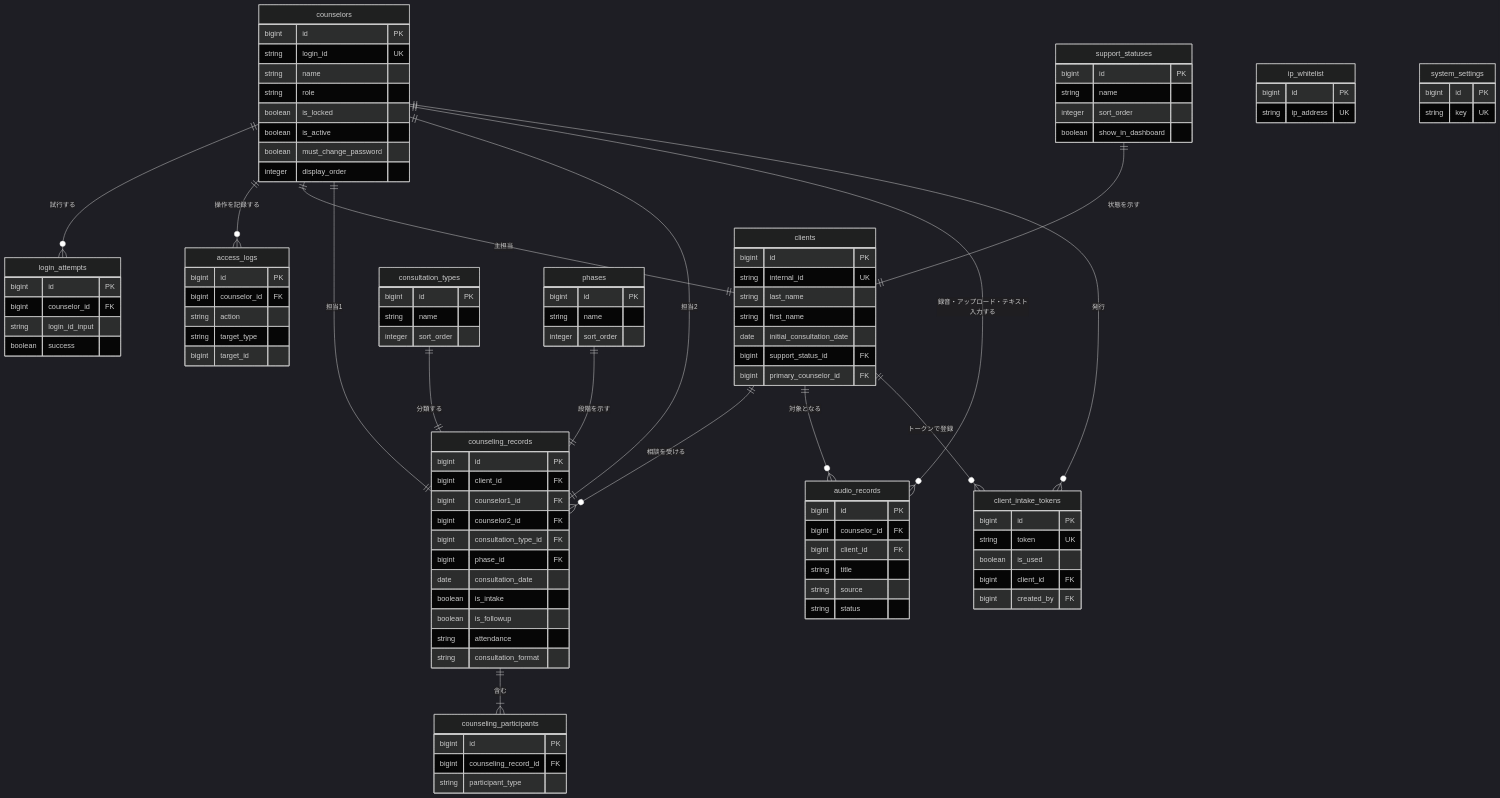
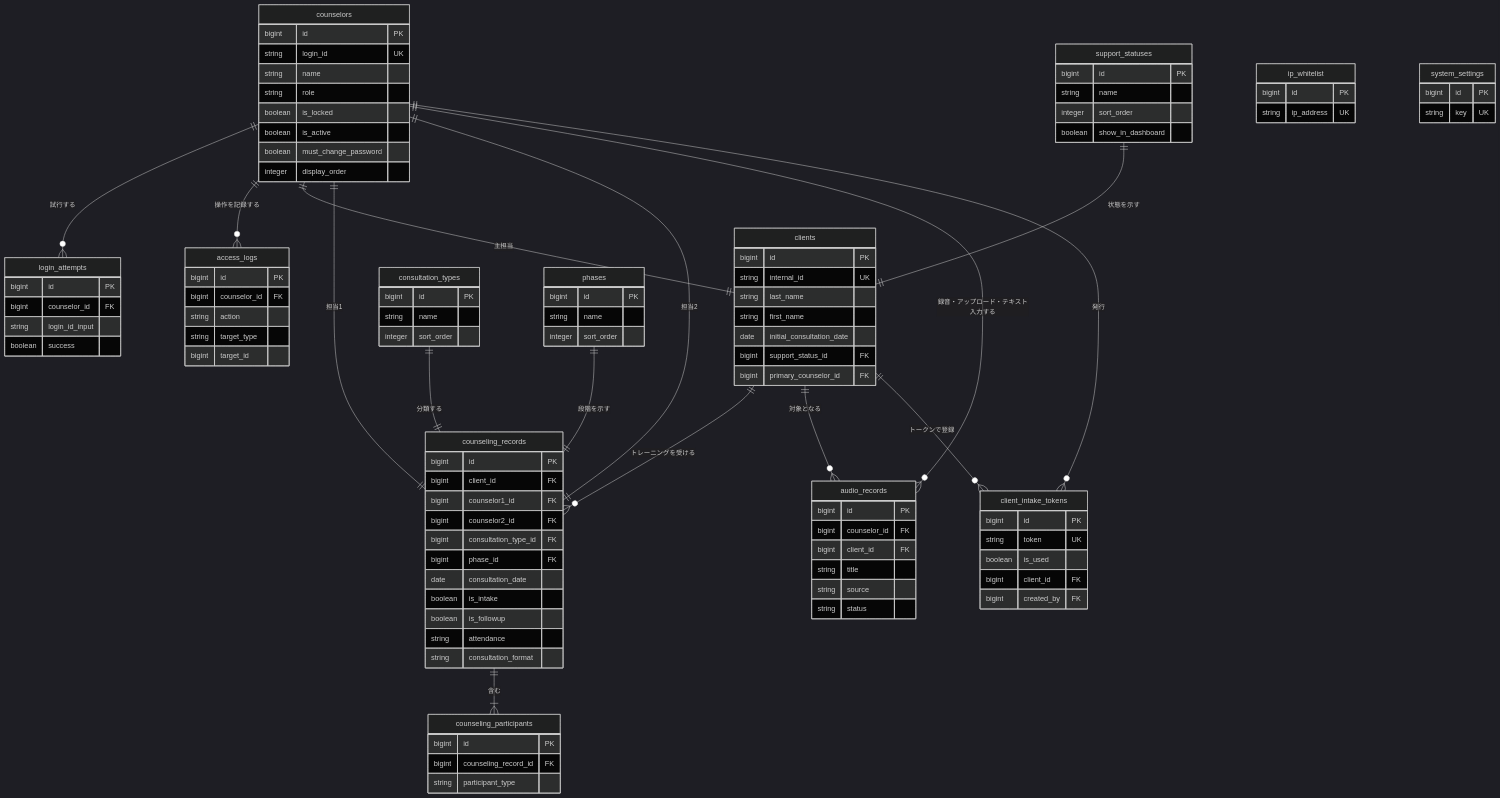
Before and after one commit to y-ouchi-inmylife/training-record-system: the diagram in docs/db-schema.md, drawn with Mermaid (dark theme). The commit also changed other lines of this file and 1 other file, not shown here.

```diff
--- a/docs/db-schema.md
+++ b/docs/db-schema.md
@@ -143,7 +143,7 @@
     counselors ||--|| clients : "主担当"
     counselors ||--|| counseling_records : "担当1"
     counselors ||--|| counseling_records : "担当2"
-    clients ||--o{ counseling_records : "相談を受ける"
+    clients ||--o{ counseling_records : "トレーニングを受ける"
 
     counselors ||--o{ audio_records : "録音・アップロード・テキスト入力する"
 
```
